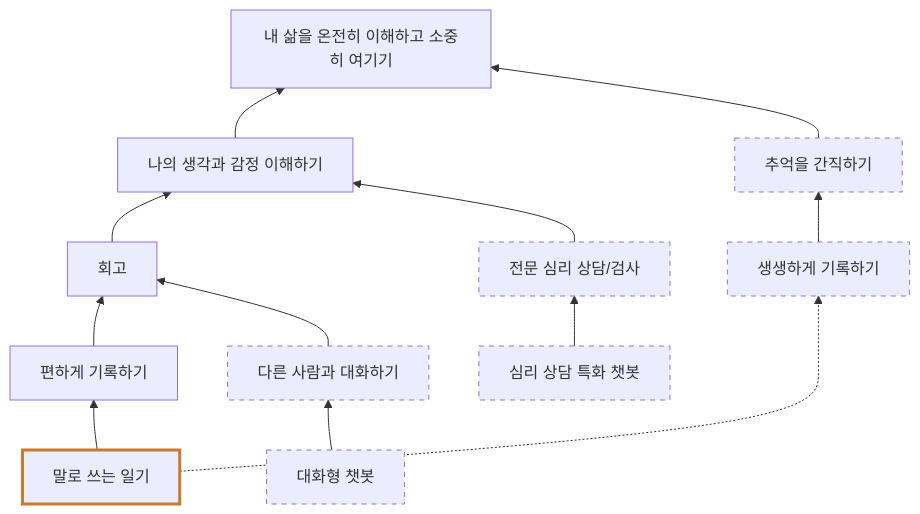
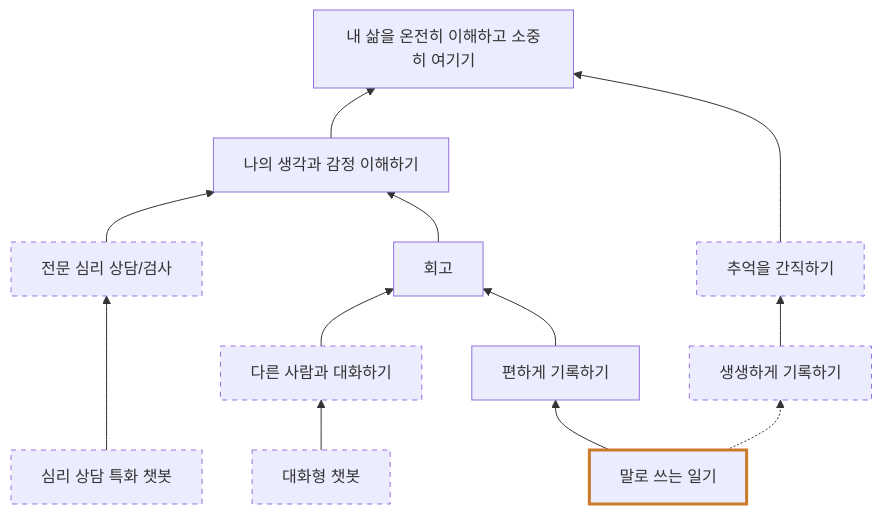
One commit to wlstjr5817-cyber/kaist-team07-project changed the diagram in docs/whytree/우승현.md. Above: the diagram before and after it, drawn with Mermaid. The commit also changed other lines of this file, not shown here.

Commit message:
Align WhyTree levels with slide

````diff
--- a/docs/whytree/우승현.md
+++ b/docs/whytree/우승현.md
@@ -34,16 +44,27 @@
 ```mermaid
 graph BT
-    S["말로 쓰는 일기"]:::seed --> A["편하게 기록하기"]
-    S -.-> B["생생하게 기록하기"]:::new
-    A --> R["회고"]
-    C1["대화형 챗봇"]:::new --> C["다른 사람과 대화하기"]:::new
+    P1["심리 상담 특화 챗봇"]:::new
+    C1["대화형 챗봇"]:::new
+    S["말로 쓰는 일기"]:::seed
+    C["다른 사람과 대화하기"]:::new
+    A["편하게 기록하기"]
+    B["생생하게 기록하기"]:::new
+    P["전문 심리 상담/검사"]:::new
+    R["회고"]
+    M["추억을 간직하기"]:::new
+    E["나의 생각과 감정 이해하기"]
+    T["내 삶을 온전히 이해하고 소중히 여기기"]
+    P1 ---> P
+    C1 --> C
+    S --> A
+    S -.-> B
     C --> R
-    P1["심리 상담 특화 챗봇"]:::new --> P["전문 심리 상담/검사"]:::new
-    R --> E["나의 생각과 감정 이해하기"]
+    A --> R
     P --> E
-    B --> M["추억을 간직하기"]:::new
-    E --> T["내 삶을 온전히 이해하고 소중히 여기기"]
-    M --> T
+    R --> E
+    B --> M
+    E --> T
+    M ---> T
     classDef seed stroke:#c97a2b,stroke-width:3px
     classDef new stroke-dasharray:5 5
 ```
````
